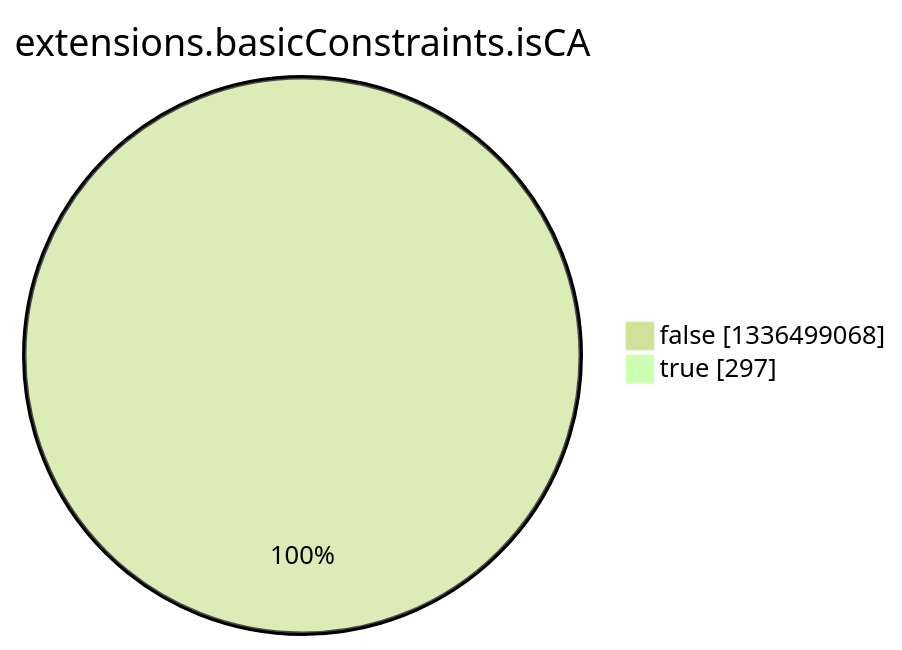
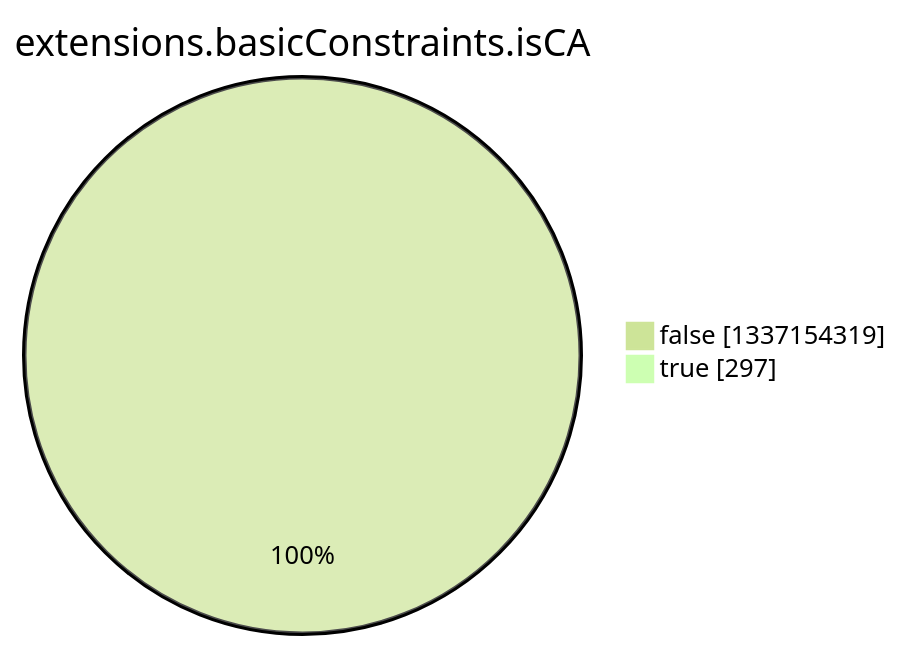
One commit to christiankrug/ctmonitor_visualization changed the eighth of 15 diagrams in argon2022/README.md. Above: the diagram before and after it, drawn with Mermaid (forest theme). The commit also changed other lines of this file, not shown here.

````diff
--- a/argon2022/README.md
+++ b/argon2022/README.md
@@ -2758,6 +2758,6 @@
 ```mermaid
 pie showData
 title extensions.basicConstraints.isCA
-"false" :1336499068
+"false" :1337154319
 "true" :297
 ```
````
